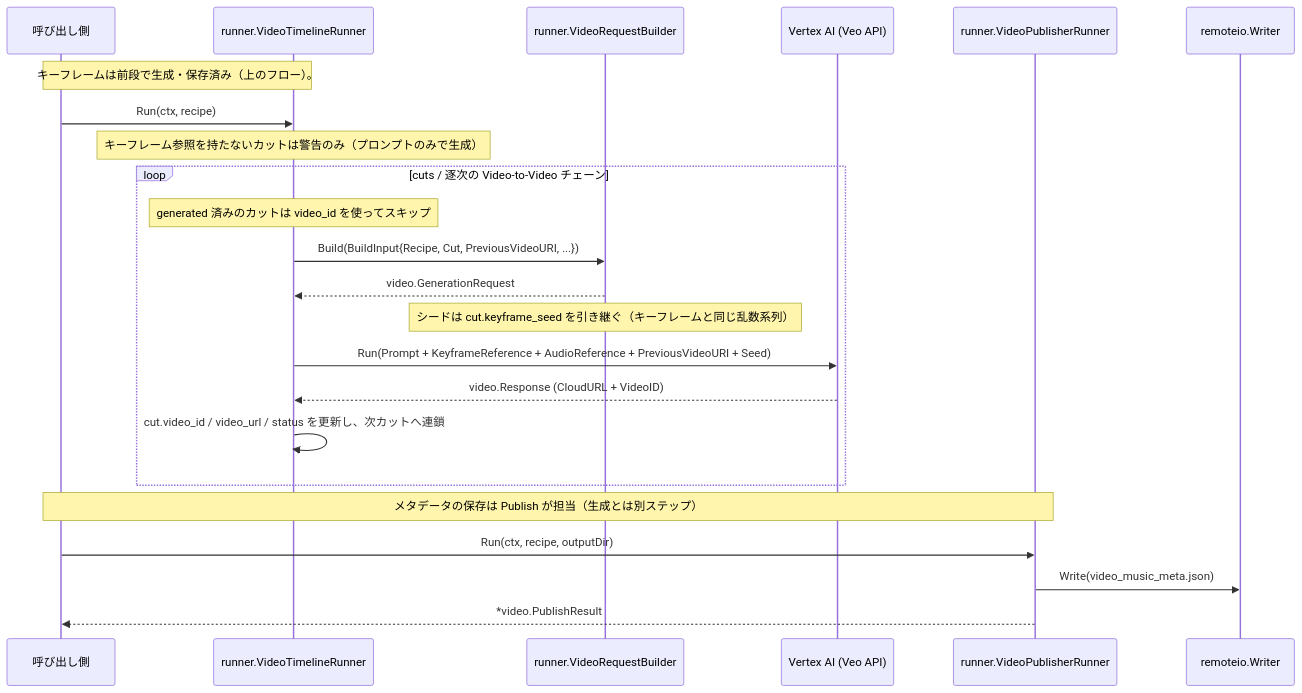
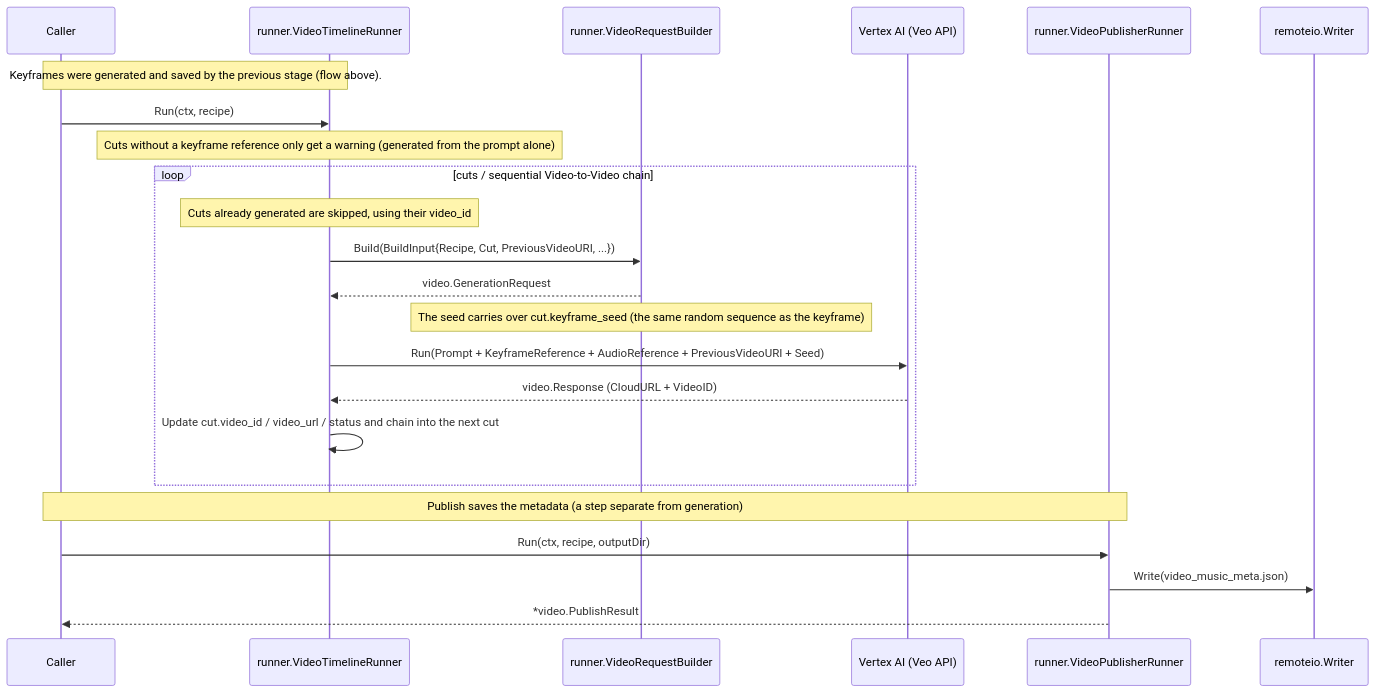
The second of 2 diagrams in docs/architecture.md (shouni/go-veo-orchestrator), drawn with Mermaid before and after one commit. The commit also changed other lines of this file and 54 other files, not shown here.

````diff
--- a/docs/architecture.md
+++ b/docs/architecture.md
@@ -74,28 +74,28 @@
 ```mermaid
 sequenceDiagram
-  participant App as 呼び出し側
+  participant App as Caller
   participant Timeline as runner.VideoTimelineRunner
   participant Builder as runner.VideoRequestBuilder
   participant VeoAPI as Vertex AI (Veo API)
   participant Publisher as runner.VideoPublisherRunner
   participant Writer as remoteio.Writer
 
-  Note over App,Timeline: キーフレームは前段で生成・保存済み（上のフロー）。
+  Note over App,Timeline: Keyframes were generated and saved by the previous stage (flow above).
   App->>Timeline: Run(ctx, recipe)
-  Note over Timeline: キーフレーム参照を持たないカットは警告のみ（プロンプトのみで生成）
+  Note over Timeline: Cuts without a keyframe reference only get a warning (generated from the prompt alone)
 
-  loop cuts / 逐次の Video-to-Video チェーン
-    Note over Timeline: generated 済みのカットは video_id を使ってスキップ
+  loop cuts / sequential Video-to-Video chain
+    Note over Timeline: Cuts already generated are skipped, using their video_id
     Timeline->>Builder: Build(BuildInput{Recipe, Cut, PreviousVideoURI, ...})
     Builder-->>Timeline: video.GenerationRequest
-    Note over Builder: シードは cut.keyframe_seed を引き継ぐ（キーフレームと同じ乱数系列）
+    Note over Builder: The seed carries over cut.keyframe_seed (the same random sequence as the keyframe)
     Timeline->>VeoAPI: Run(Prompt + KeyframeReference + AudioReference + PreviousVideoURI + Seed)
     VeoAPI-->>Timeline: video.Response (CloudURL + VideoID)
-    Timeline->>Timeline: cut.video_id / video_url / status を更新し、次カットへ連鎖
+    Timeline->>Timeline: Update cut.video_id / video_url / status and chain into the next cut
   end
 
-  Note over App,Publisher: メタデータの保存は Publish が担当（生成とは別ステップ）
+  Note over App,Publisher: Publish saves the metadata (a step separate from generation)
   App->>Publisher: Run(ctx, recipe, outputDir)
   Publisher->>Writer: Write(video_music_meta.json)
   Publisher-->>App: *video.PublishResult
 ```
````
